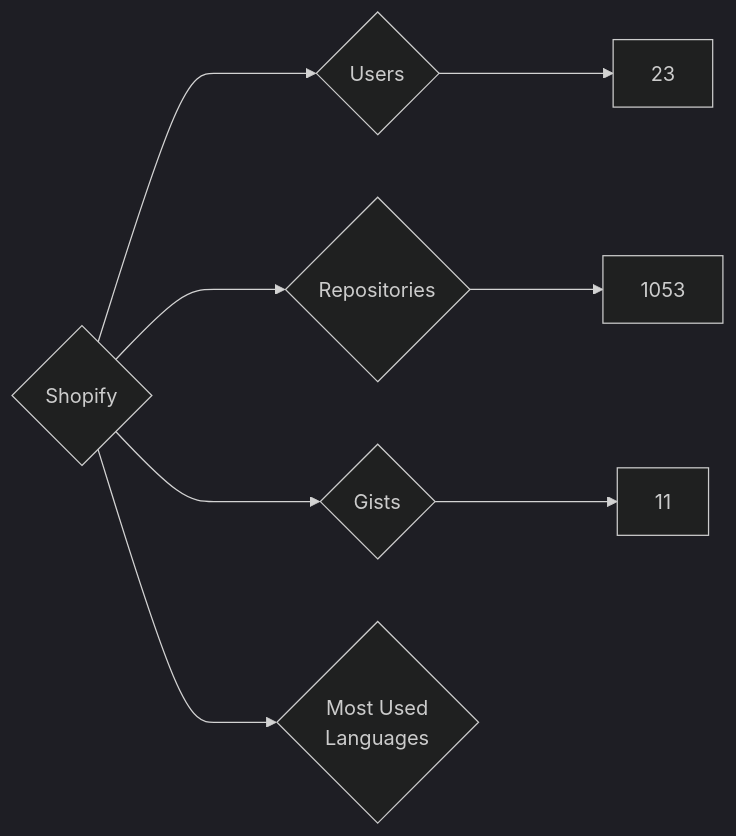
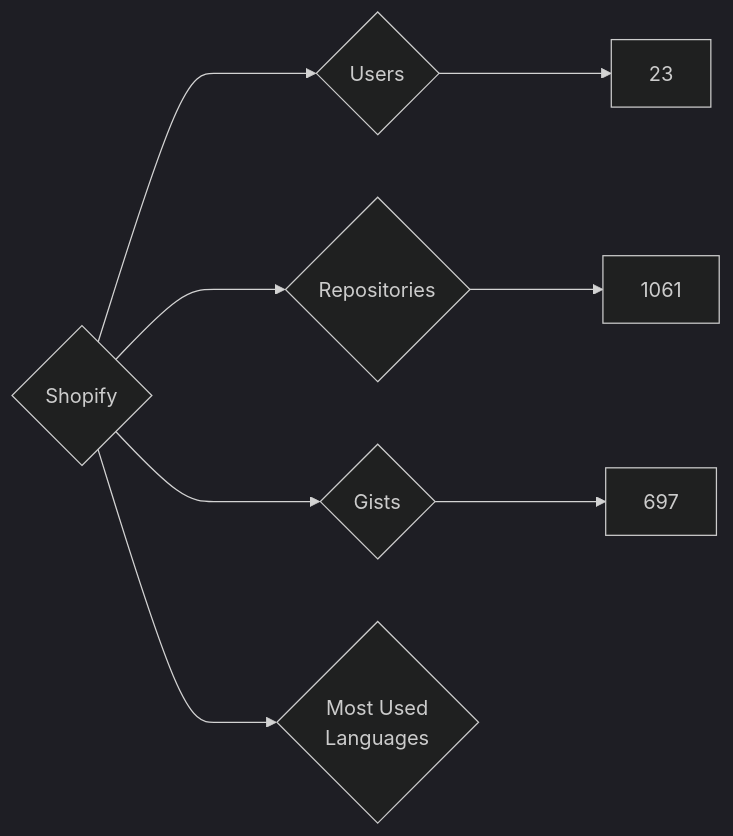
Before and after one commit to nenadzaric/insiders: the diagram in targets/Shopify/README.md, drawn with Mermaid (dark theme). The commit also changed 1342 other files, not shown here.

````diff
--- a/targets/Shopify/README.md
+++ b/targets/Shopify/README.md
@@ -3,8 +3,8 @@
 ```mermaid
 graph LR
 COMPANY_NAME{Shopify}
 COMPANY_NAME ---> U{Users} ---> UN[23]
-COMPANY_NAME ---> R{Repositories} ---> RN[1053]
-COMPANY_NAME ---> G{Gists} ---> GN[11]
+COMPANY_NAME ---> R{Repositories} ---> RN[1061]
+COMPANY_NAME ---> G{Gists} ---> GN[697]
 COMPANY_NAME ---> ML{Most Used<br>Languages}
 ```
````
